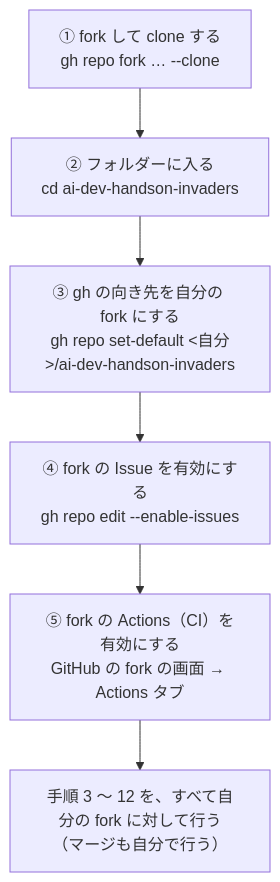
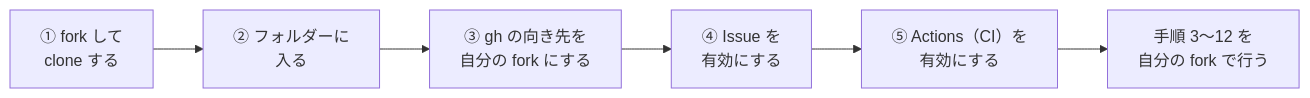
One commit to Challenge-Consulting-Firm/ai-dev-handson-invaders changed the second of 2 diagrams in docs/handson/README.md. Above: the diagram before and after it, drawn with Mermaid. The commit also changed other lines of this file, not shown here.

First line of the commit message:
fork の図の箱の文を短くし、場所と役目は表に分ける

````diff
--- a/docs/handson/README.md
+++ b/docs/handson/README.md
@@ -131,8 +138,4 @@
 ```mermaid
-flowchart TD
-    A["① fork して clone する<br/>gh repo fork … --clone"] --> B["② フォルダーに入る<br/>cd ai-dev-handson-invaders"]
-    B --> C["③ gh の向き先を自分の fork にする<br/>gh repo set-default &lt;自分&gt;/ai-dev-handson-invaders"]
-    C --> D["④ fork の Issue を有効にする<br/>gh repo edit --enable-issues"]
-    D --> E["⑤ fork の Actions（CI）を有効にする<br/>GitHub の fork の画面 → Actions タブ"]
-    E --> G["手順 3 〜 12 を、すべて自分の fork に対して行う<br/>（マージも自分で行う）"]
+flowchart LR
+    A["① fork して<br/>clone する"] --> B["② フォルダーに<br/>入る"] --> C["③ gh の向き先を<br/>自分の fork にする"] --> D["④ Issue を<br/>有効にする"] --> E["⑤ Actions（CI）を<br/>有効にする"] --> G["手順 3〜12 を<br/>自分の fork で行う"]
 ```
````
